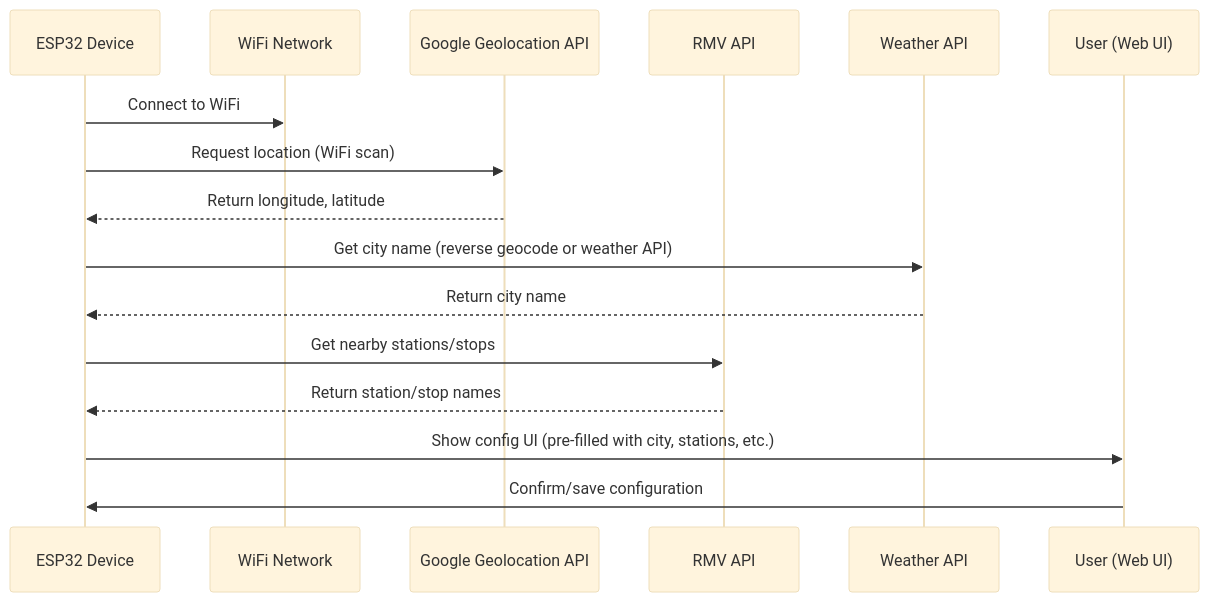
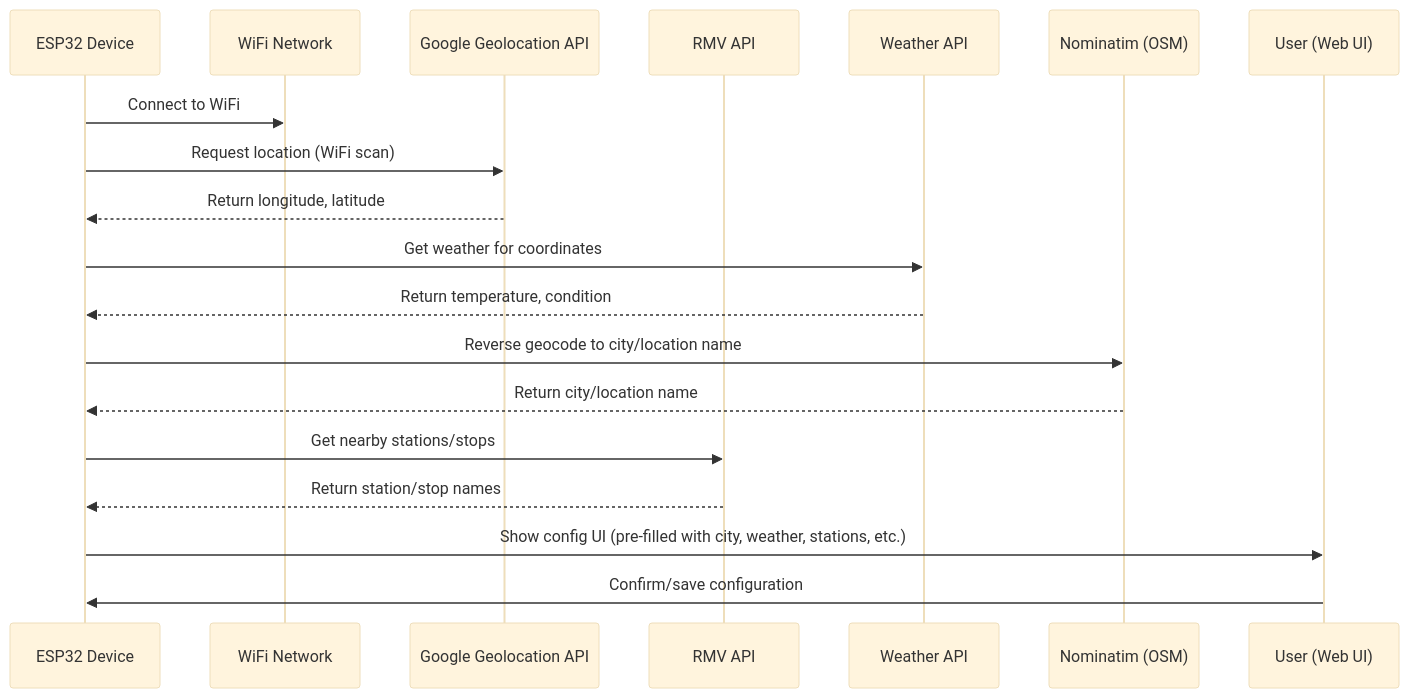
One commit to gogo-boot/e-board changed the second of 3 diagrams in README.md. Above: the diagram before and after it, drawn with Mermaid (base theme). The commit also changed other lines of this file, not shown here.

````diff
--- a/README.md
+++ b/README.md
@@ -53,19 +63,22 @@
 ```mermaid
 sequenceDiagram
     participant ESP as ESP32 Device
     participant WiFi as WiFi Network
     participant Google as Google Geolocation API
     participant RMV as RMV API
     participant Weather as Weather API
+    participant Nominatim as Nominatim (OSM)
     participant User as User (Web UI)
 
     ESP->>WiFi: Connect to WiFi
     ESP->>Google: Request location (WiFi scan)
     Google-->>ESP: Return longitude, latitude
-    ESP->>Weather: Get city name (reverse geocode or weather API)
-    Weather-->>ESP: Return city name
+    ESP->>Weather: Get weather for coordinates
+    Weather-->>ESP: Return temperature, condition
+    ESP->>Nominatim: Reverse geocode to city/location name
+    Nominatim-->>ESP: Return city/location name
     ESP->>RMV: Get nearby stations/stops
     RMV-->>ESP: Return station/stop names
-    ESP->>User: Show config UI (pre-filled with city, stations, etc.)
+    ESP->>User: Show config UI (pre-filled with city, weather, stations, etc.)
     User->>ESP: Confirm/save configuration
 ```
````
